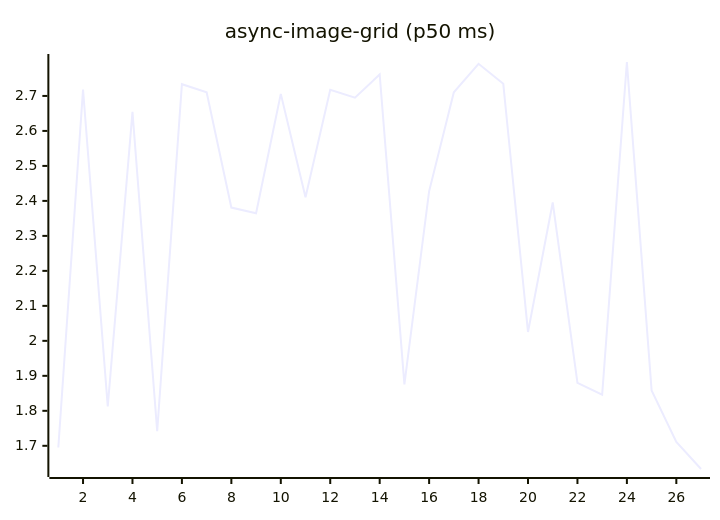
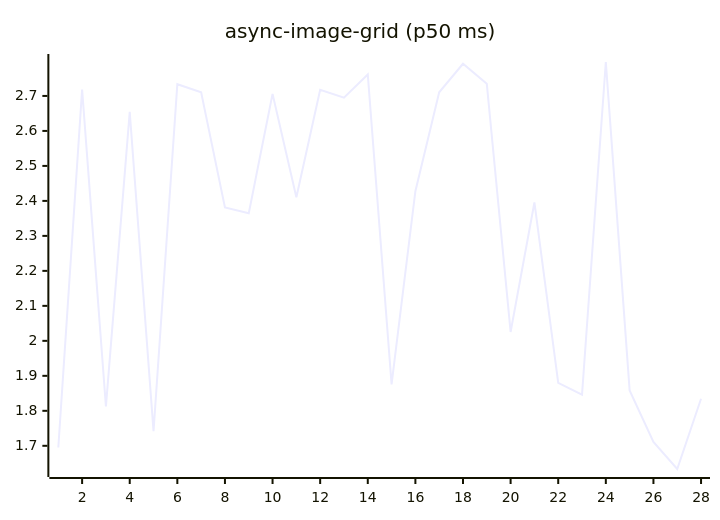
One commit to josha/Facet changed the fifth of 27 diagrams in README.md. Above: the diagram before and after it, drawn with Mermaid. The commit also changed other lines of this file and 2 other files, not shown here.

````diff
--- a/README.md
+++ b/README.md
@@ -91,6 +91,6 @@
 ```mermaid
 xychart-beta
     title "async-image-grid (p50 ms)"
-    x-axis 1 --> 27
-    line [1.6953, 2.7184, 1.8124, 2.6543, 1.7415, 2.7336, 2.7103, 2.3810, 2.3646, 2.7059, 2.4103, 2.7175, 2.6949, 2.7614, 1.8756, 2.4277, 2.7103, 2.7919, 2.7346, 2.0254, 2.3955, 1.8801, 1.8461, 2.7970, 1.8583, 1.7113, 1.6337]
+    x-axis 1 --> 28
+    line [1.6953, 2.7184, 1.8124, 2.6543, 1.7415, 2.7336, 2.7103, 2.3810, 2.3646, 2.7059, 2.4103, 2.7175, 2.6949, 2.7614, 1.8756, 2.4277, 2.7103, 2.7919, 2.7346, 2.0254, 2.3955, 1.8801, 1.8461, 2.7970, 1.8583, 1.7113, 1.6337, 1.8346]
 ```
````
